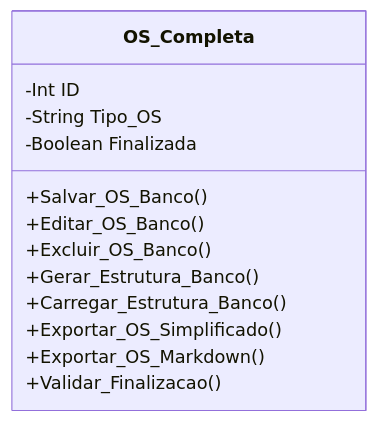
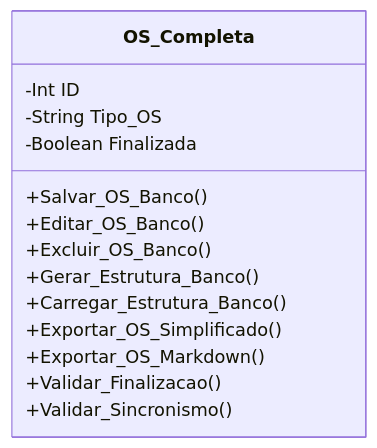
Before and after one commit to ETECC-Telecom/ValtObsidian-Script-Moto: the diagram in DOCUMENTOS/Classe - Ordem de Serviço Completa.md, drawn with Mermaid. The commit also changed 4 other files, not shown here.

````diff
--- a/DOCUMENTOS/Classe - Ordem de Serviço Completa.md
+++ b/DOCUMENTOS/Classe - Ordem de Serviço Completa.md
@@ -23,17 +23,18 @@
 ```mermaid
 classDiagram
     class OS_Completa{
       -Int ID
       -String Tipo_OS
       -Boolean Finalizada
       
       +Salvar_OS_Banco()
 	  +Editar_OS_Banco()
 	  +Excluir_OS_Banco()
 	  +Gerar_Estrutura_Banco()
 	  +Carregar_Estrutura_Banco()
 	  +Exportar_OS_Simplificado()
 	  +Exportar_OS_Markdown()
 	  +Validar_Finalizacao()
+	  +Validar_Sincronismo()
     }
 ```
````
